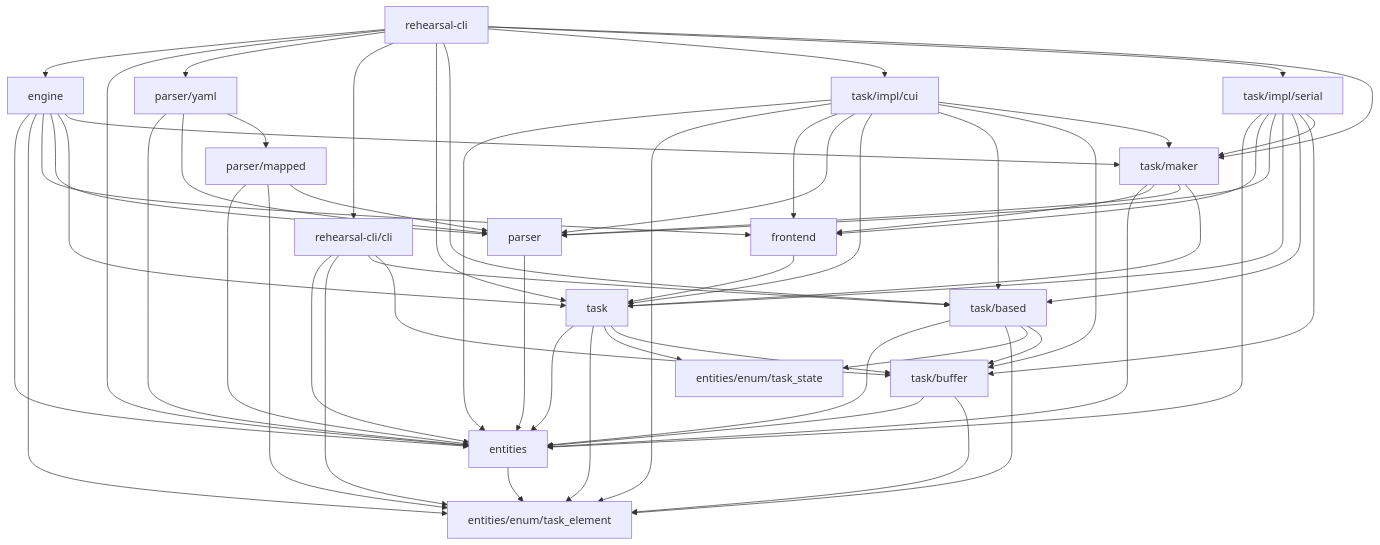
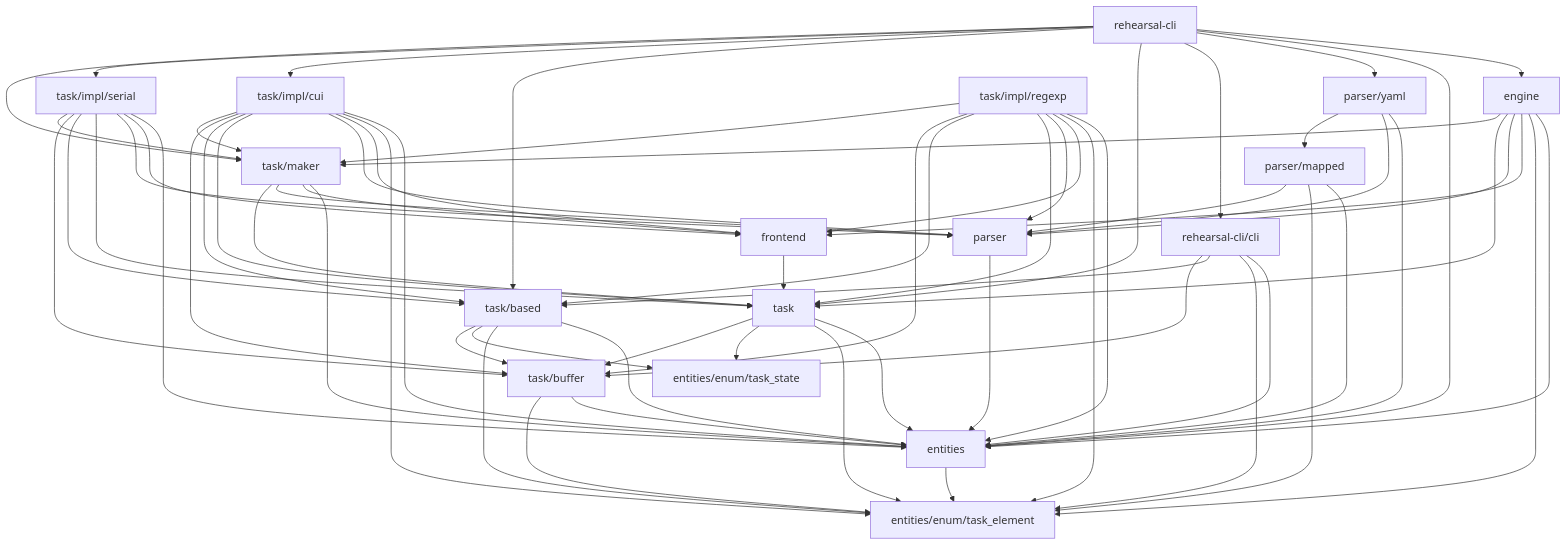
Before and after one commit to rehearsal-open/rehearsal: the diagram in readme.md, drawn with Mermaid.

Commit message:
新たに追加した分の依存関係を追加

````diff
--- a/readme.md
+++ b/readme.md
@@ -52,62 +52,70 @@
 ```mermaid
 graph TD
 
 engine --> entities
 engine --> entities/enum/task_element
 engine --> frontend
 engine --> parser
 engine --> task
 engine --> task/maker
 entities --> entities/enum/task_element
 frontend --> task
 parser/mapped --> entities
 parser/mapped --> entities/enum/task_element
 parser/mapped --> parser
 parser/yaml --> entities
 parser/yaml --> parser
 parser/yaml --> parser/mapped
 parser --> entities
 rehearsal-cli/cli --> entities
 rehearsal-cli/cli --> entities/enum/task_element
 rehearsal-cli/cli --> task/based
 rehearsal-cli/cli --> task/buffer
 rehearsal-cli --> engine
 rehearsal-cli --> entities
 rehearsal-cli --> parser/yaml
 rehearsal-cli --> rehearsal-cli/cli
 rehearsal-cli --> task
 rehearsal-cli --> task/based
 rehearsal-cli --> task/impl/cui
 rehearsal-cli --> task/impl/serial
 rehearsal-cli --> task/maker
 task/based --> entities
 task/based --> entities/enum/task_element
 task/based --> entities/enum/task_state
 task/based --> task/buffer
 task/buffer --> entities
 task/buffer --> entities/enum/task_element
 task/impl/cui --> entities
 task/impl/cui --> entities/enum/task_element
 task/impl/cui --> frontend
 task/impl/cui --> parser
 task/impl/cui --> task
 task/impl/cui --> task/based
 task/impl/cui --> task/buffer
 task/impl/cui --> task/maker
+task/impl/regexp --> entities
+task/impl/regexp --> entities/enum/task_element
+task/impl/regexp --> frontend
+task/impl/regexp --> parser
+task/impl/regexp --> task
+task/impl/regexp --> task/based
+task/impl/regexp --> task/buffer
+task/impl/regexp --> task/maker
 task/impl/serial --> entities
 task/impl/serial --> frontend
 task/impl/serial --> parser
 task/impl/serial --> task
 task/impl/serial --> task/based
 task/impl/serial --> task/buffer
 task/impl/serial --> task/maker
 task/maker --> entities
 task/maker --> frontend
 task/maker --> parser
 task/maker --> task
 task --> entities
 task --> entities/enum/task_element
 task --> entities/enum/task_state
 task --> task/buffer
 
 ```
````
